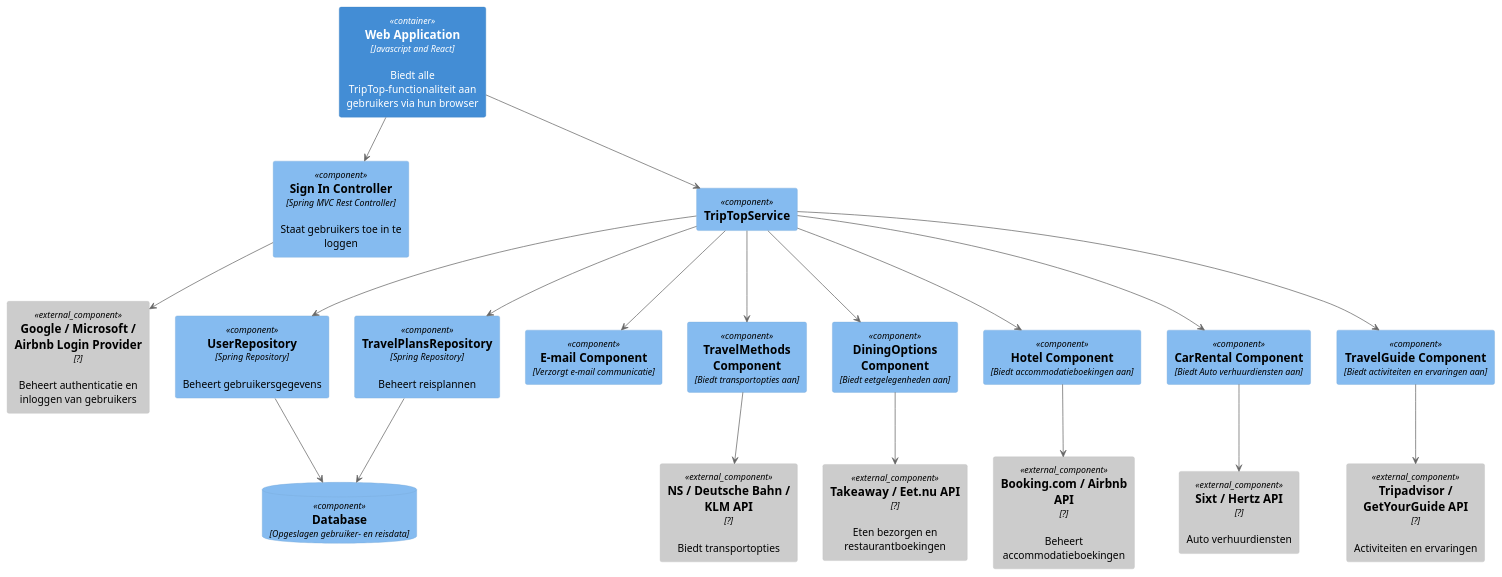
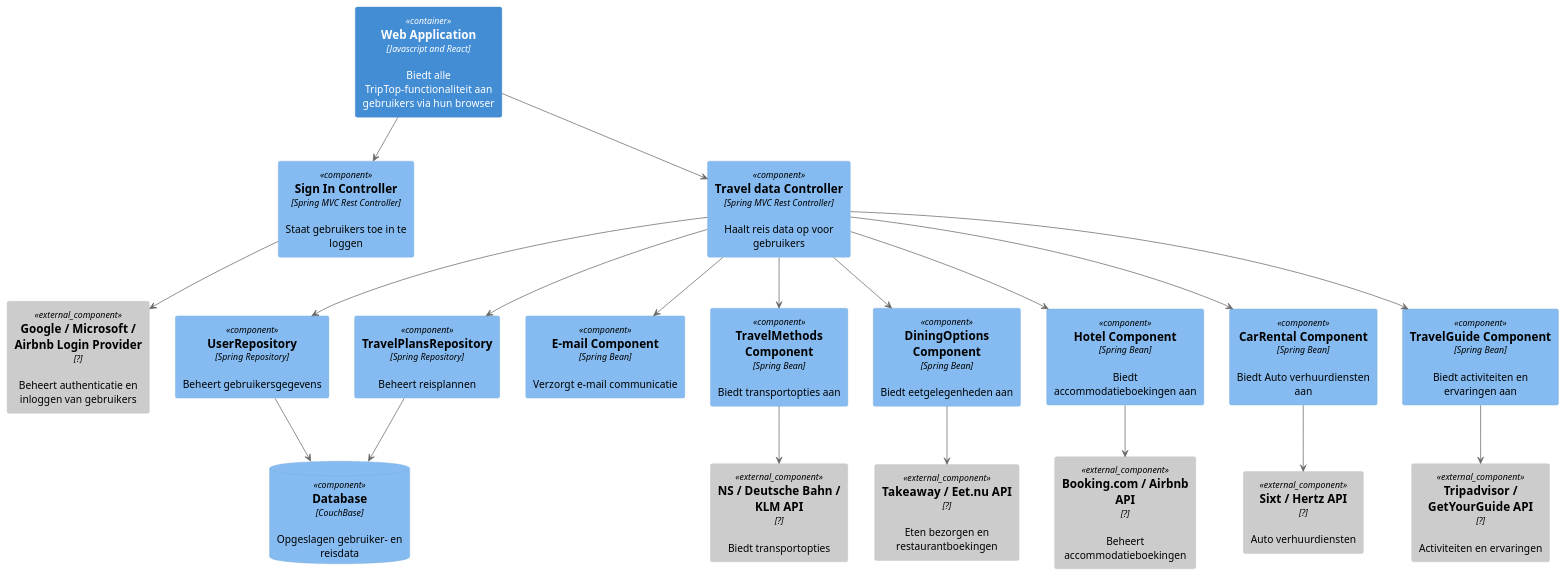
Before and after one commit to AIM-ENE-feb25/triptop-groep-3: the diagram in opdracht-diagrammen/C4 Component/Component Diagram Jordy.puml, drawn with PlantUML.

Commit message:
Component update
Small updates

```diff
--- a/opdracht-diagrammen/C4 Component/Component Diagram Jordy.puml
+++ b/opdracht-diagrammen/C4 Component/Component Diagram Jordy.puml
@@ -1,44 +1,44 @@
 @startuml
 !include https://raw.githubusercontent.com/plantuml-stdlib/C4-PlantUML/master/C4_Component.puml
 
 Container(WebApp, Web Application, Javascript and React, Biedt alle TripTop-functionaliteit aan gebruikers via hun browser)
 Component(SignIn, Sign In Controller, Spring MVC Rest Controller, Staat gebruikers toe in te loggen)
-Component(Service, TripTopService)
+Component(TravelData, Travel data Controller, Spring MVC Rest Controller, Haalt reis data op voor gebruikers)
 Component(UserRepo, UserRepository, Spring Repository, Beheert gebruikersgegevens)
 Component(PlansRepo, TravelPlansRepository, Spring Repository, Beheert reisplannen)
-ComponentDb(DB, Database, Opgeslagen gebruiker- en reisdata)
-Component(Email, E-mail Component, Verzorgt e-mail communicatie)
-Component(TravelMethods, TravelMethods Component, Biedt transportopties aan)
-Component(DiningOptions, DiningOptions Component, Biedt eetgelegenheden aan)
-Component(Hotel, Hotel Component, Biedt accommodatieboekingen aan)
-Component(CarRental, CarRental Component, Biedt Auto verhuurdiensten aan)
-Component(TravelGuide, TravelGuide Component, Biedt activiteiten en ervaringen aan)
+ComponentDb(DB, Database, CouchBase, Opgeslagen gebruiker- en reisdata)
+Component(Email, E-mail Component, Spring Bean, Verzorgt e-mail communicatie)
+Component(TravelMethods, TravelMethods Component, Spring Bean, Biedt transportopties aan)
+Component(DiningOptions, DiningOptions Component, Spring Bean, Biedt eetgelegenheden aan)
+Component(Hotel, Hotel Component, Spring Bean, Biedt accommodatieboekingen aan)
+Component(CarRental, CarRental Component, Spring Bean, Biedt Auto verhuurdiensten aan)
+Component(TravelGuide, TravelGuide Component, Spring Bean, Biedt activiteiten en ervaringen aan)
 
 Component_Ext(BookingAPI, "Booking.com / Airbnb API", ? ,"Beheert accommodatieboekingen")
 Component_Ext(TransportAPI, "NS / Deutsche Bahn / KLM API", ? ,"Biedt transportopties")
 Component_Ext(RentalAPI, Sixt / Hertz API, ? ,"Auto verhuurdiensten")
 Component_Ext(GuideAPI, Tripadvisor / GetYourGuide API, ? ,"Activiteiten en ervaringen")
 Component_Ext(DiningAPI, Takeaway / Eet.nu API, ? ,"Eten bezorgen en restaurantboekingen")
 Component_Ext(LoginProvider, "Google / Microsoft / Airbnb Login Provider", ?, "Beheert authenticatie en inloggen van gebruikers")
 
 WebApp --> SignIn
-WebApp --> Service
-Service --> UserRepo
-Service --> PlansRepo
-Service --> Email
-Service --> TravelMethods
-Service --> DiningOptions
-Service --> Hotel
-Service --> CarRental
-Service --> TravelGuide
+WebApp --> TravelData
+TravelData --> UserRepo
+TravelData --> PlansRepo
+TravelData --> Email
+TravelData --> TravelMethods
+TravelData --> DiningOptions
+TravelData --> Hotel
+TravelData --> CarRental
+TravelData --> TravelGuide
 
 UserRepo --> DB
 PlansRepo --> DB
 
 TravelMethods --> TransportAPI
 CarRental --> RentalAPI
 DiningOptions --> DiningAPI
 Hotel --> BookingAPI
 TravelGuide --> GuideAPI
 SignIn --> LoginProvider
 @enduml
```
